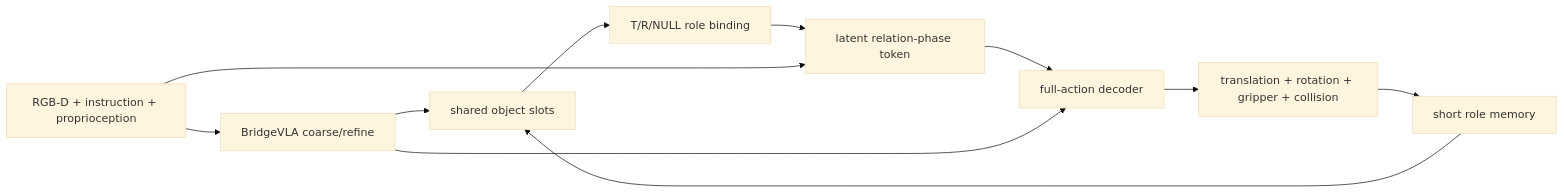
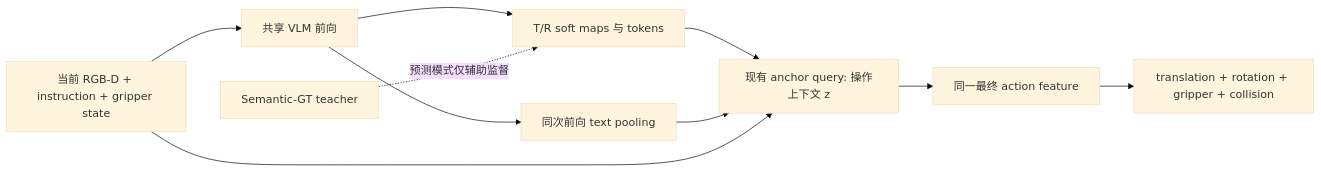
The diagram in docs/design/role-relation-prior.md (YW310/BridgeVLA), drawn with Mermaid (base theme) before and after one commit. The commit also changed other lines of this file and 12 other files, not shown here.

Commit message:
docs: streamline object relation design and workflows

````diff
--- a/docs/design/role-relation-prior.md
+++ b/docs/design/role-relation-prior.md
@@ -12,13 +11,12 @@
 ```mermaid
 flowchart LR
-    I[RGB-D + instruction + proprioception] --> B[BridgeVLA coarse/refine]
-    B --> S[shared object slots]
-    M[short role memory] --> S
-    S --> R[T/R/NULL role binding]
-    R --> Z[latent relation-phase token]
+    I[当前 RGB-D + instruction + gripper state] --> F[共享 VLM 前向]
+    F --> S[T/R soft maps 与 tokens]
+    F --> L[同次前向 text pooling]
+    S --> Z[现有 anchor query: 操作上下文 z]
+    L --> Z
     I --> Z
-    Z --> A[full-action decoder]
-    B --> A
+    Z --> A[同一最终 action feature]
     A --> Y[translation + rotation + gripper + collision]
-    Y --> M
+    G[Semantic-GT teacher] -.预测模式仅辅助监督.-> S
 ```
````
